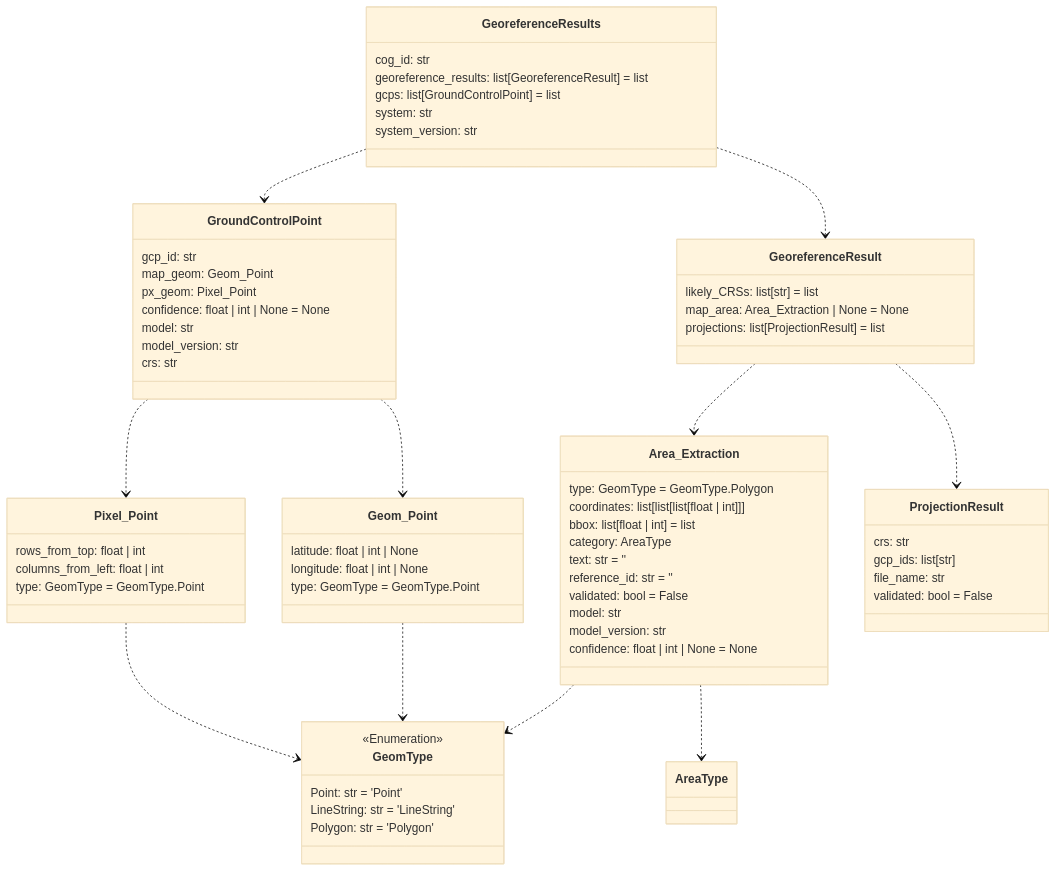
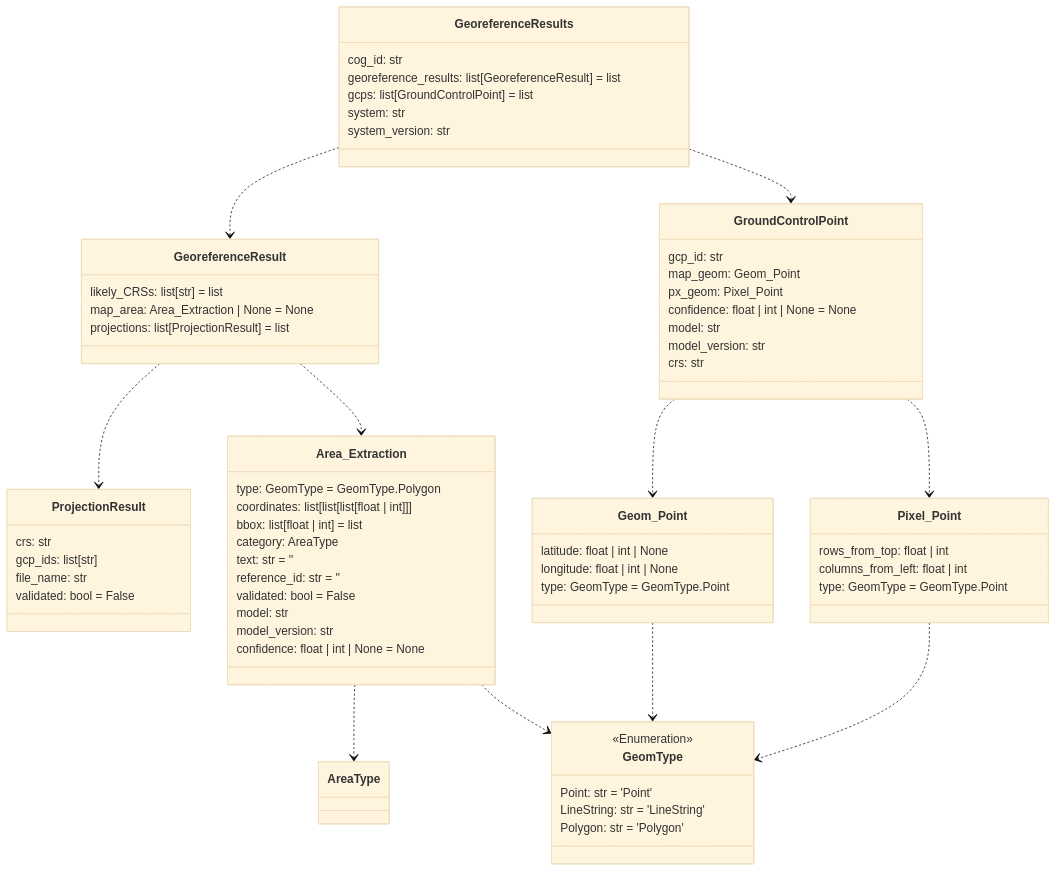
Before and after one commit to DARPA-CRITICALMAAS/cdr_schemas: the second of 14 diagrams in README.md, drawn with Mermaid (base theme). The commit also changed other lines of this file and 3 other files, not shown here.

````diff
--- a/README.md
+++ b/README.md
@@ -117,79 +117,79 @@
 ```mermaid
 classDiagram
 
     class Area_Extraction {
         type: GeomType = GeomType.Polygon
         coordinates: list[list[list[float | int]]]
         bbox: list[float | int] = list
         category: AreaType
         text: str = ''
         reference_id: str = ''
         validated: bool = False
         model: str
         model_version: str
         confidence: float | int | None = None
     }
 
-    class Pixel_Point {
-        rows_from_top: float | int
-        columns_from_left: float | int
-        type: GeomType = GeomType.Point
+    class GeoreferenceResult {
+        likely_CRSs: list[str] = list
+        map_area: Area_Extraction | None = None
+        projections: list[ProjectionResult] = list
     }
 
     class GeomType {
         <<Enumeration>>
         Point: str = 'Point'
         LineString: str = 'LineString'
         Polygon: str = 'Polygon'
     }
 
-    class GeoreferenceResults {
-        cog_id: str
-        georeference_results: list[GeoreferenceResult] = list
-        gcps: list[GroundControlPoint] = list
-        system: str
-        system_version: str
-    }
-
     class Geom_Point {
         latitude: float | int | None
         longitude: float | int | None
         type: GeomType = GeomType.Point
     }
 
-    class GeoreferenceResult {
-        likely_CRSs: list[str] = list
-        map_area: Area_Extraction | None = None
-        projections: list[ProjectionResult] = list
+    class Pixel_Point {
+        rows_from_top: float | int
+        columns_from_left: float | int
+        type: GeomType = GeomType.Point
     }
 
     class ProjectionResult {
         crs: str
         gcp_ids: list[str]
         file_name: str
         validated: bool = False
+    }
+
+    class GeoreferenceResults {
+        cog_id: str
+        georeference_results: list[GeoreferenceResult] = list
+        gcps: list[GroundControlPoint] = list
+        system: str
+        system_version: str
     }
 
     class GroundControlPoint {
         gcp_id: str
         map_geom: Geom_Point
         px_geom: Pixel_Point
         confidence: float | int | None = None
         model: str
         model_version: str
         crs: str
     }
 
     Area_Extraction ..> AreaType
     Area_Extraction ..> GeomType
     Geom_Point ..> GeomType
     Pixel_Point ..> GeomType
     GroundControlPoint ..> Geom_Point
     GroundControlPoint ..> Pixel_Point
+    GeoreferenceResult ..> ProjectionResult
     GeoreferenceResult ..> Area_Extraction
-    GeoreferenceResult ..> ProjectionResult
+    GeoreferenceResults ..> GeoreferenceResult
     GeoreferenceResults ..> GroundControlPoint
-    GeoreferenceResults ..> GeoreferenceResult
 
 
 ```
````
